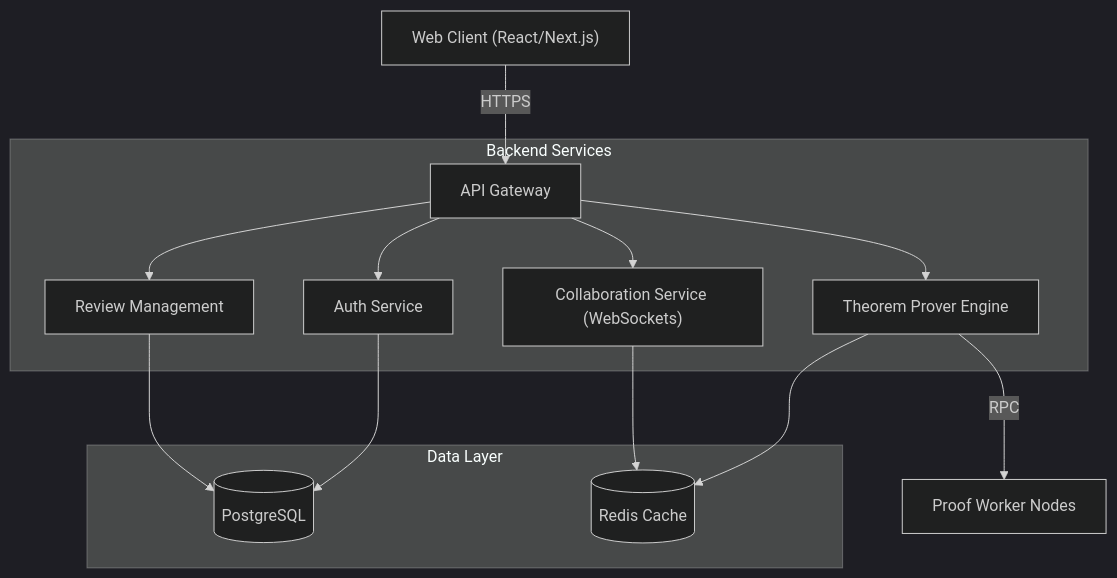
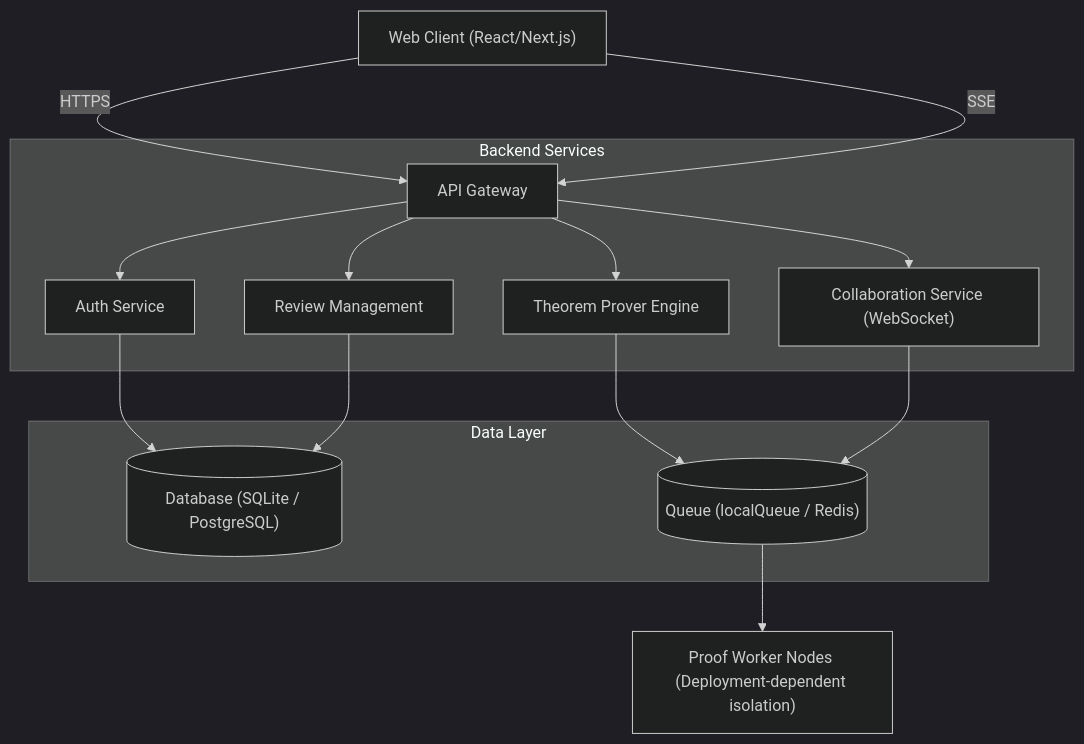
The diagram in ARCHITECTURE.md (harsharajkumar-273/Proofdesk), drawn with Mermaid (dark theme) before and after one commit. The commit also changed other lines of this file, not shown here.

Commit message:
docs: address CodeRabbit feedback regarding SSE, WebSockets, Redis queue, and SQLite

````diff
--- a/ARCHITECTURE.md
+++ b/ARCHITECTURE.md
@@ -9,20 +9,21 @@
 ```mermaid
 graph TD
     Client["Web Client (React/Next.js)"] -->|HTTPS| API["API Gateway"]
+    Client -->|SSE| API
     
     subgraph Backend Services
         API --> Auth["Auth Service"]
         API --> Prover["Theorem Prover Engine"]
-        API --> Collab["Collaboration Service (WebSockets)"]
+        API --> Collab["Collaboration Service (WebSocket)"]
         API --> Review["Review Management"]
     end
     
     subgraph Data Layer
-        Auth --> DB[("PostgreSQL")]
-        Prover --> Redis[("Redis Cache")]
+        Auth --> DB[("Database (SQLite / PostgreSQL)")]
+        Prover --> Queue[("Queue (localQueue / Redis)")]
         Review --> DB
-        Collab --> Redis
+        Collab --> Queue
     end
     
-    Prover -->|RPC| Workers["Proof Worker Nodes"]
+    Queue --> Workers["Proof Worker Nodes (Deployment-dependent isolation)"]
 ```
````
